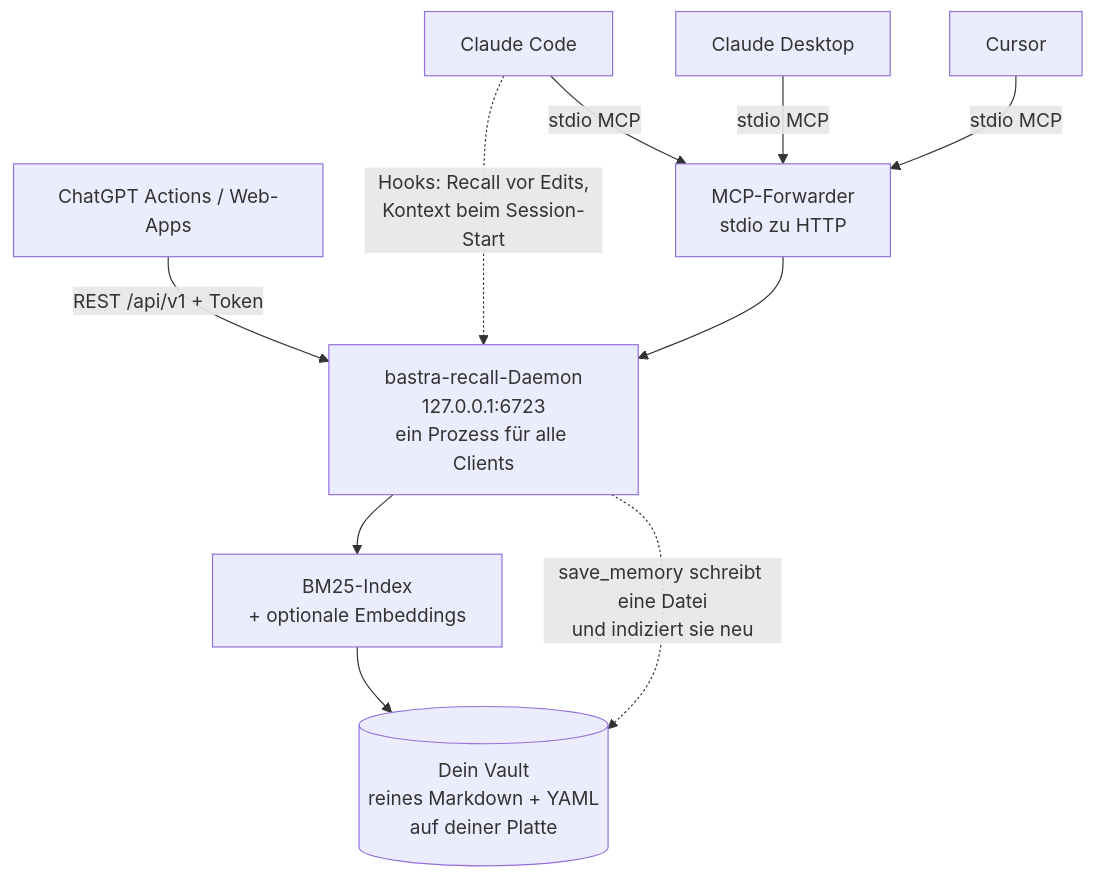
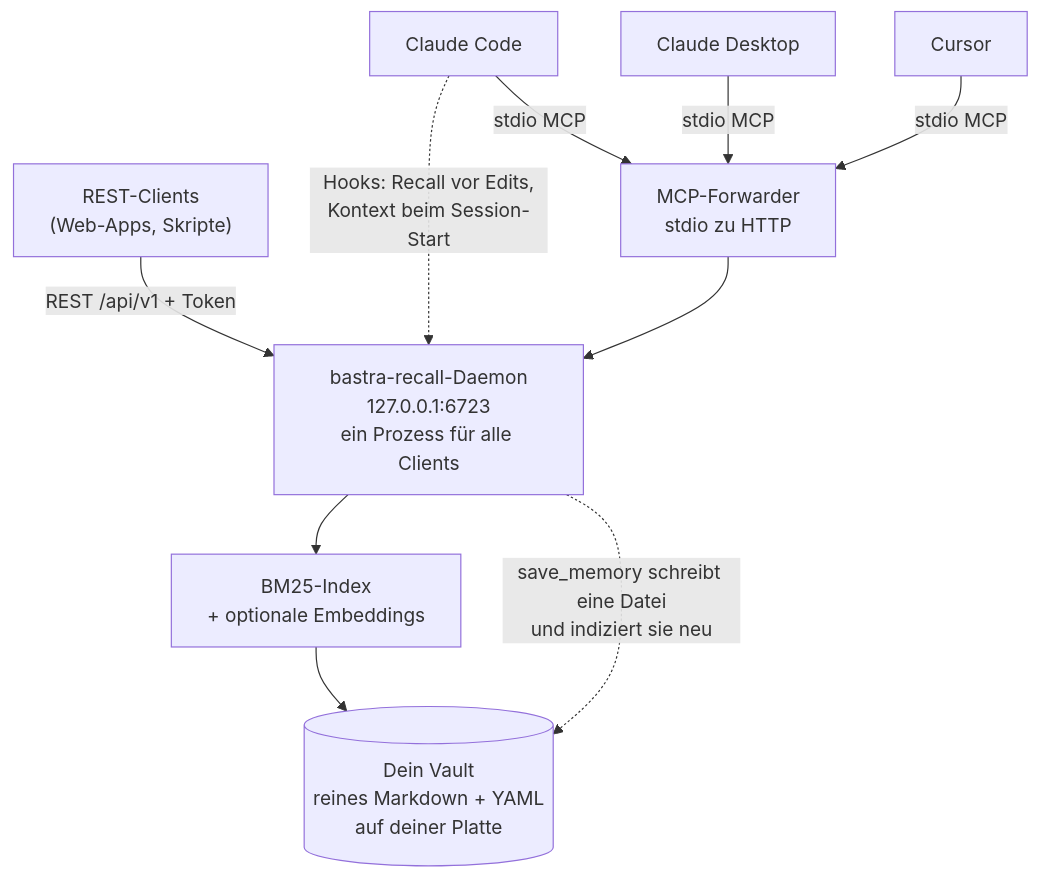
The second of 2 diagrams in README.md (danielautoland/nexus-recall), drawn with Mermaid before and after one commit. The commit also changed other lines of this file and 2 other files, not shown here.

````diff
--- a/README.md
+++ b/README.md
@@ -471,19 +250,19 @@
 ```mermaid
 flowchart TB
     CC["Claude Code"]
     CD["Claude Desktop"]
     CU["Cursor"]
-    WEB["ChatGPT Actions / Web-Apps"]
+    WEB["REST-Clients<br/>(Web-Apps, Skripte)"]
 
     CC -->|stdio MCP| FWD["MCP-Forwarder<br/>stdio zu HTTP"]
     CD -->|stdio MCP| FWD
     CU -->|stdio MCP| FWD
     WEB -->|"REST /api/v1 + Token"| D
     CC -.->|"Hooks: Recall vor Edits,<br/>Kontext beim Session-Start"| D
 
     FWD --> D["bastra-recall-Daemon<br/>127.0.0.1:6723<br/>ein Prozess für alle Clients"]
     D --> IDX["BM25-Index<br/>+ optionale Embeddings"]
     IDX --> V[("Dein Vault<br/>reines Markdown + YAML<br/>auf deiner Platte")]
 
     D -.->|"save_memory schreibt eine Datei<br/>und indiziert sie neu"| V
 ```
````
